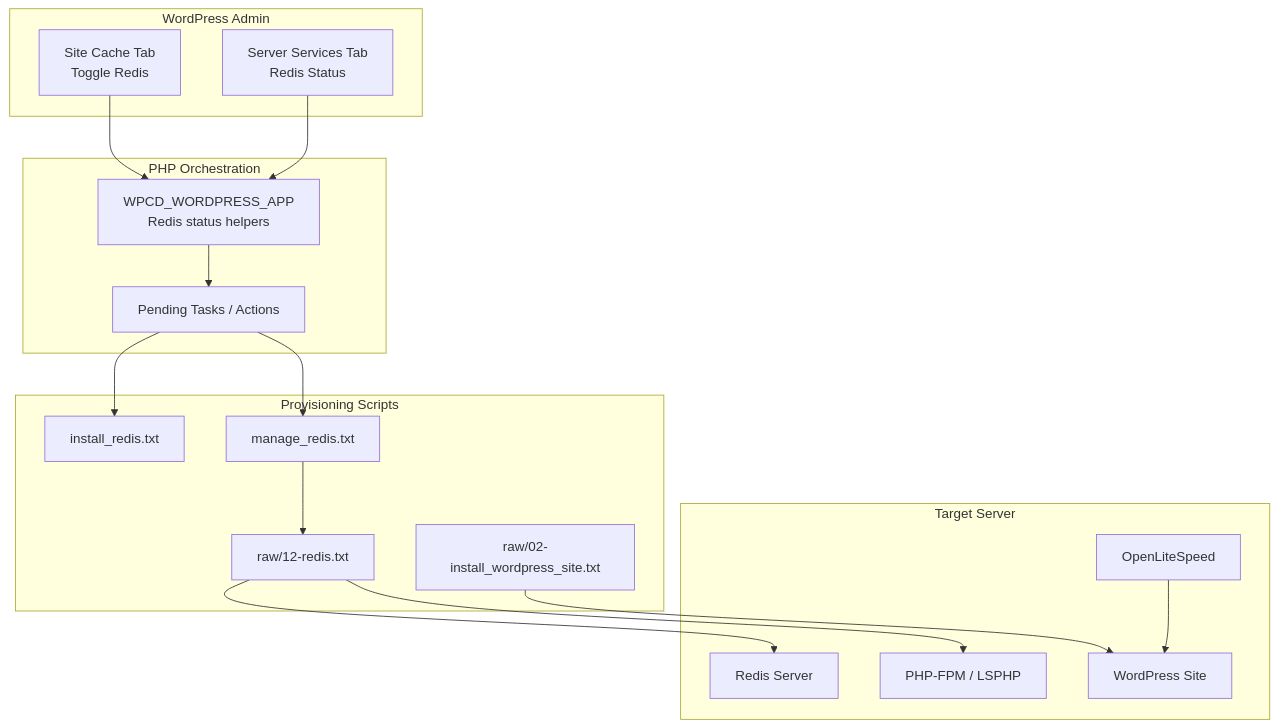
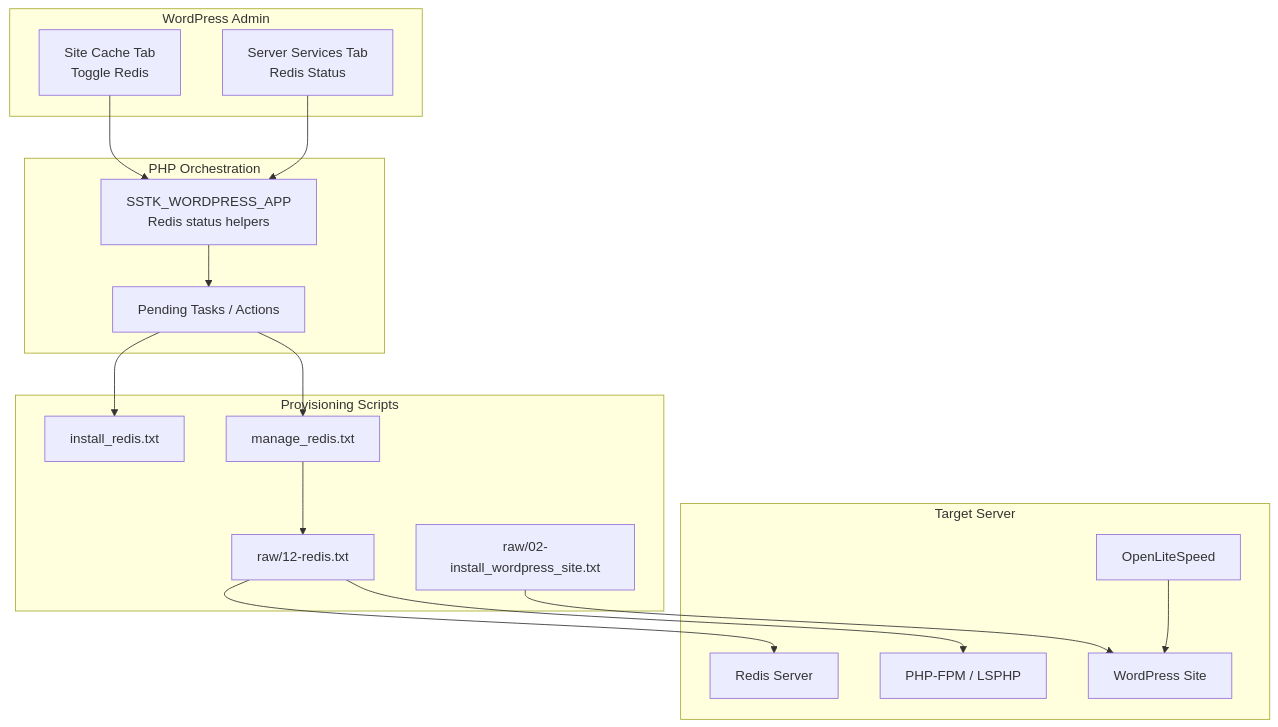
Before and after one commit to onedogsolutions/simple-stack: the first of 7 diagrams in .qoder/repowiki/en/content/Operational Tools/Performance Optimization Tools/Caching Systems/Redis Caching.md, drawn with Mermaid. The commit also changed other lines of this file and 5941 other files, not shown here.

````diff
--- a/.qoder/repowiki/en/content/Operational Tools/Performance Optimization Tools/Caching Systems/Redis Caching.md
+++ b/.qoder/repowiki/en/content/Operational Tools/Performance Optimization Tools/Caching Systems/Redis Caching.md
@@ -49,33 +49,33 @@
 ```mermaid
 graph TB
 subgraph "WordPress Admin"
 A["Site Cache Tab<br/>Toggle Redis"]
 B["Server Services Tab<br/>Redis Status"]
 end
 subgraph "PHP Orchestration"
-C["WPCD_WORDPRESS_APP<br/>Redis status helpers"]
+C["SSTK_WORDPRESS_APP<br/>Redis status helpers"]
 D["Pending Tasks / Actions"]
 end
 subgraph "Provisioning Scripts"
 E["install_redis.txt"]
 F["manage_redis.txt"]
 G["raw/12-redis.txt"]
 H["raw/02-install_wordpress_site.txt"]
 end
 subgraph "Target Server"
 I["Redis Server"]
 J["PHP-FPM / LSPHP"]
 K["OpenLiteSpeed"]
 L["WordPress Site"]
 end
 A --> C
 B --> C
 C --> D
 D --> E
 D --> F
 F --> G
 G --> I
 G --> J
 H --> L
 K --> L
 ```
````
